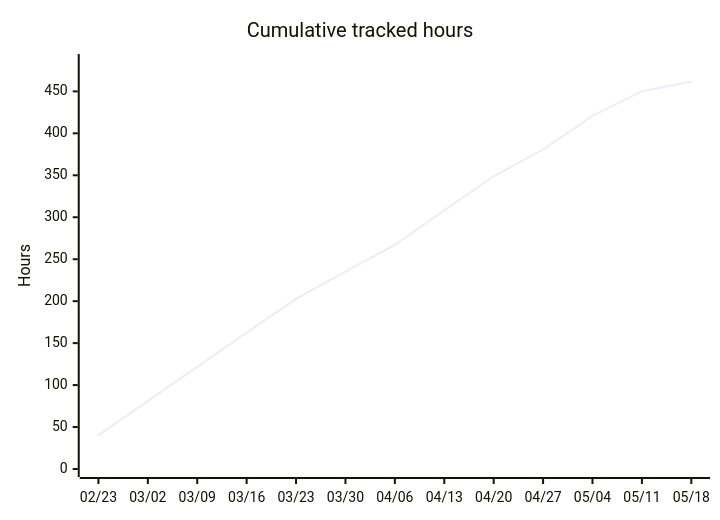
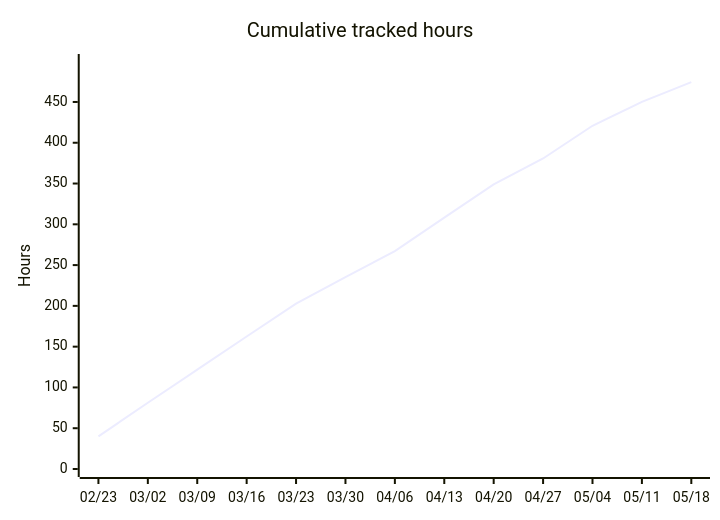
One commit to albinforsberg-netizen/timeclock changed the fifth of 5 diagrams in README.org. Above: the diagram before and after it, drawn with Mermaid. The commit also changed other lines of this file, not shown here.

```diff
--- a/README.org
+++ b/README.org
@@ -123,7 +125,7 @@
 #+begin_src mermaid
 xychart-beta
     title "Cumulative tracked hours"
     x-axis ["02/23", "03/02", "03/09", "03/16", "03/23", "03/30", "04/06", "04/13", "04/20", "04/27", "05/04", "05/11", "05/18"]
-    y-axis "Hours" 0 --> 485
-    line [40.00, 81.25, 121.75, 162.50, 202.75, 235.19, 267.03, 308.11, 348.83, 380.71, 420.81, 450.20, 461.72]
+    y-axis "Hours" 0 --> 499
+    line [40.00, 81.25, 121.75, 162.50, 202.75, 235.19, 267.03, 308.11, 348.83, 380.71, 420.81, 450.20, 474.29]
 #+end_src
```
